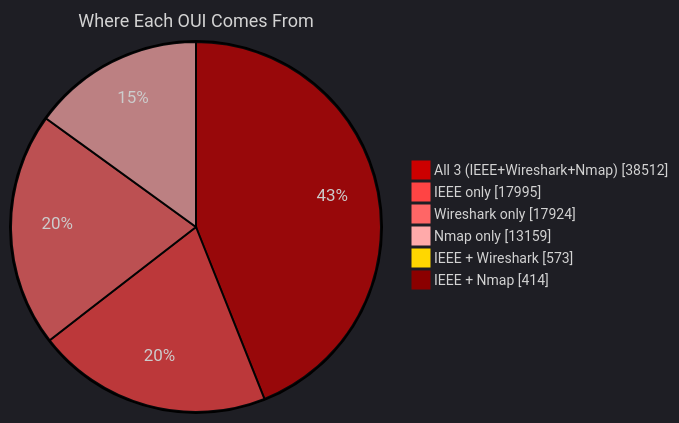
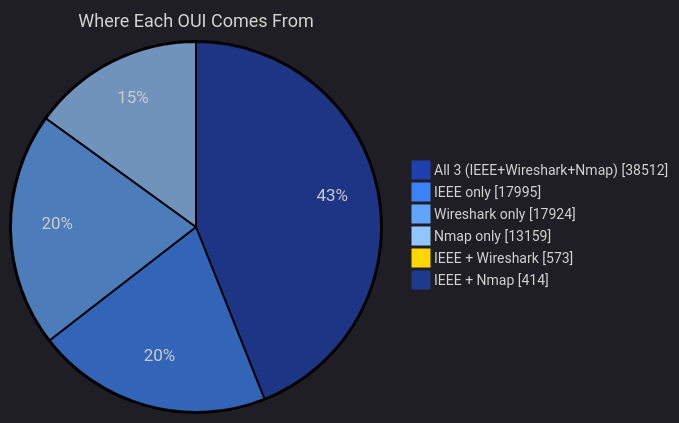
Before and after one commit to user7321347/OUI-Master-Database: the second of 5 diagrams in README.md, drawn with Mermaid. The commit also changed other lines of this file and 4 other files, not shown here.

````diff
--- a/README.md
+++ b/README.md
@@ -86,11 +93,11 @@
 ```mermaid
-%%{init: {'theme':'dark', 'themeVariables': {'pie1':'#CC0000','pie2':'#FF4444','pie3':'#FF6666','pie4':'#FFAAAA','pie5':'#FFD700','pie6':'#8B0000','pieTitleTextSize':'18px','pieLegendTextSize':'14px'}}}%%
+%%{init: {'theme':'dark', 'themeVariables': {'pie1':'#1E40AF','pie2':'#3B82F6','pie3':'#60A5FA','pie4':'#93C5FD','pie5':'#FFD700','pie6':'#1E3A8A','pieTitleTextSize':'18px','pieLegendTextSize':'14px'}}}%%
 pie showData
     title Where Each OUI Comes From
     "All 3 (IEEE+Wireshark+Nmap)" : 38512
     "IEEE only" : 17995
     "Wireshark only" : 17924
     "Nmap only" : 13159
     "IEEE + Wireshark" : 573
     "IEEE + Nmap" : 414
 ```
````
